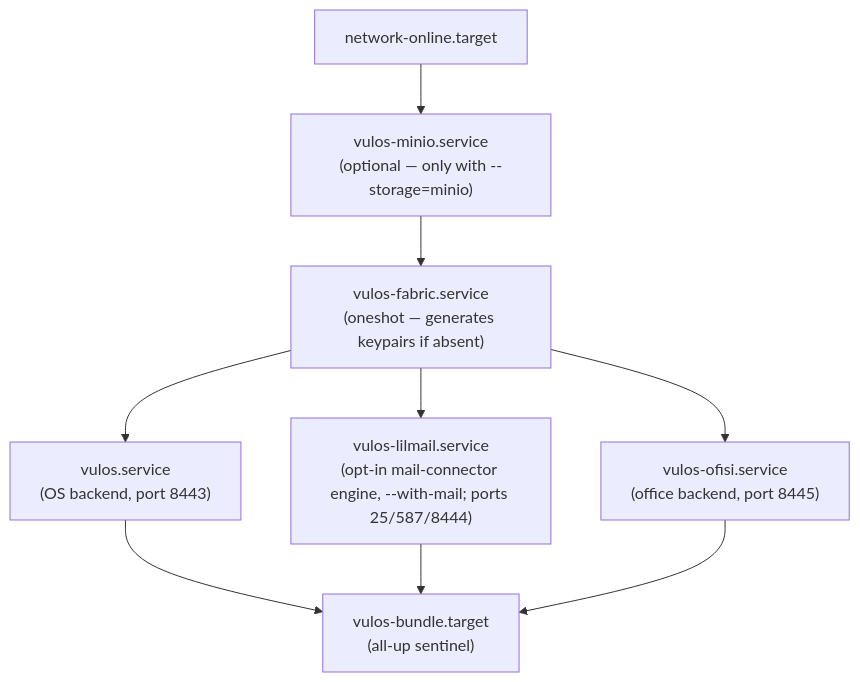
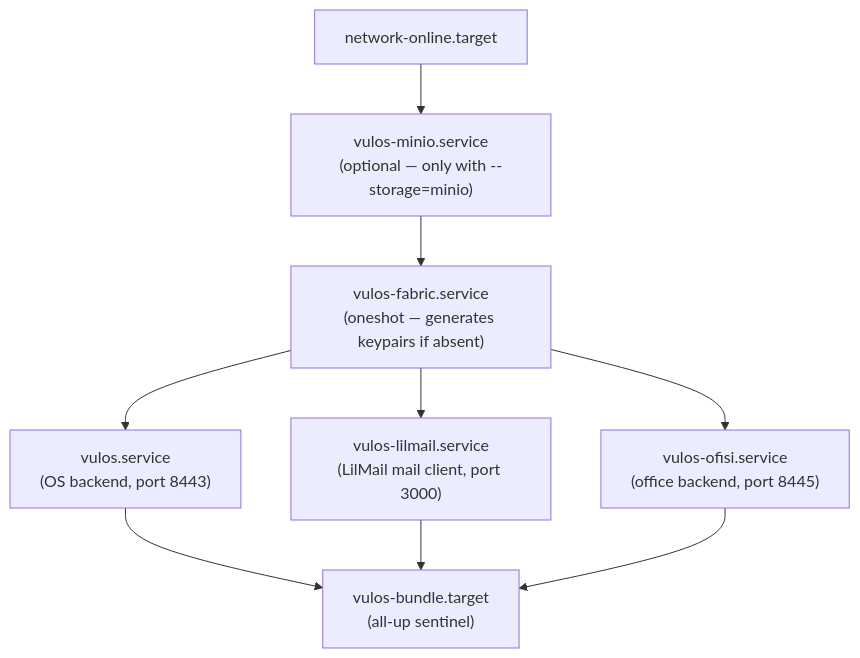
Before and after one commit to vul-os/vulos: the diagram in docs/SELF-HOST-BUNDLE.md, drawn with Mermaid. The commit also changed other lines of this file and 11 other files, not shown here.

````diff
--- a/docs/SELF-HOST-BUNDLE.md
+++ b/docs/SELF-HOST-BUNDLE.md
@@ -223,18 +222,18 @@
 ```mermaid
 flowchart TD
     Net["network-online.target"]
     Minio["vulos-minio.service<br/>(optional — only with --storage=minio)"]
     Fabric["vulos-fabric.service<br/>(oneshot — generates keypairs if absent)"]
     OS["vulos.service<br/>(OS backend, port 8443)"]
-    Mail["vulos-lilmail.service<br/>(opt-in mail-connector engine, --with-mail; ports 25/587/8444)"]
+    Mail["vulos-lilmail.service<br/>(LilMail mail client, port 3000)"]
     Office["vulos-ofisi.service<br/>(office backend, port 8445)"]
     Bundle["vulos-bundle.target<br/>(all-up sentinel)"]
 
     Net --> Minio --> Fabric
     Fabric --> OS
     Fabric --> Mail
     Fabric --> Office
     OS --> Bundle
     Mail --> Bundle
     Office --> Bundle
 ```
````
